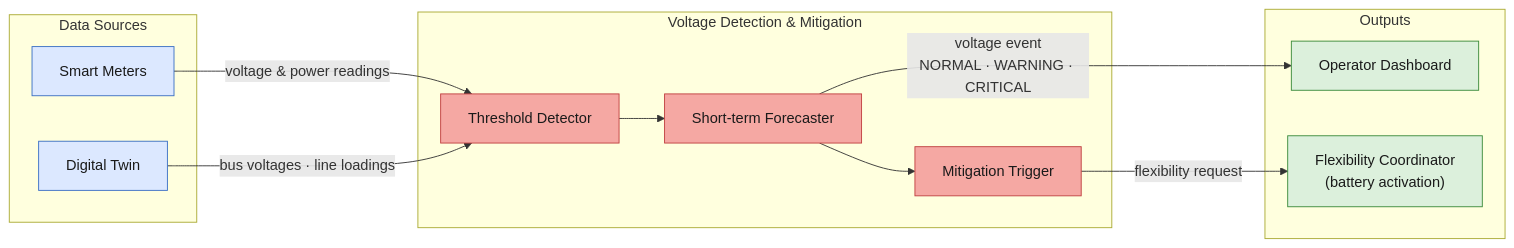
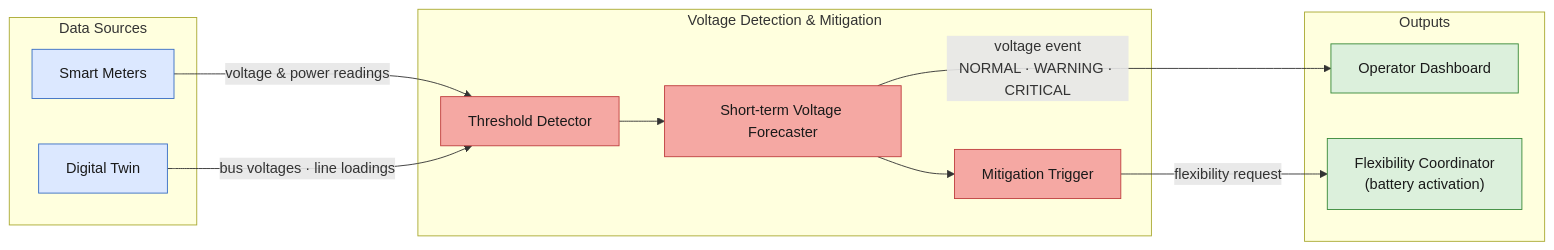
The first of 8 diagrams in Sa4CPS/UC4_Enabler_Diagrams.md (rafaeldpsilva/sa4cps-vault), drawn with Mermaid before and after one commit.

Commit message:
Commit from thinkpad on 4/16/2026, 9:36:50 PM

````diff
--- a/Sa4CPS/UC4_Enabler_Diagrams.md
+++ b/Sa4CPS/UC4_Enabler_Diagrams.md
@@ -11,33 +11,33 @@
 ```mermaid
 flowchart LR
 
     classDef src   fill:#dce8ff,stroke:#3a6fc4,color:#1a1a1a
     classDef proc  fill:#f5a8a3,stroke:#c04040,color:#1a1a1a
     classDef dst   fill:#dcf0dc,stroke:#3a8a3a,color:#1a1a1a
 
     subgraph SRC["Data Sources"]
         HH["Smart Meters"]
         DT["Digital Twin"]
     end
 
     subgraph EN["Voltage Detection & Mitigation"]
         TD["Threshold Detector"]
-        STF["Short-term Forecaster"]
+        STF["Short-term Voltage Forecaster"]
         MT["Mitigation Trigger"]
         TD --> STF --> MT
     end
 
     subgraph DST["Outputs"]
         DASH["Operator Dashboard"]
         FC["Flexibility Coordinator\n(battery activation)"]
     end
 
     HH  -->|voltage & power readings| TD
     DT  -->|bus voltages · line loadings| TD
     STF -->|voltage event\nNORMAL · WARNING · CRITICAL| DASH
     MT  -->|flexibility request| FC
 
     class HH,DT src
     class TD,STF,MT proc
     class DASH,FC dst
 ```
````
